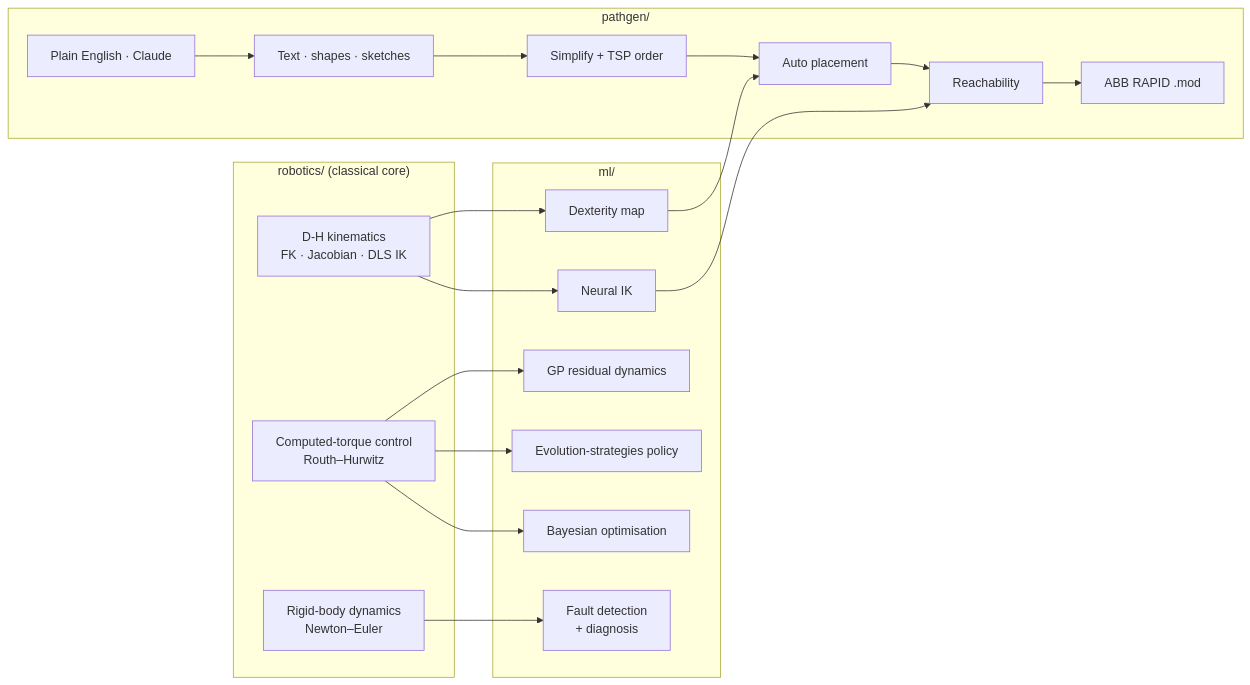
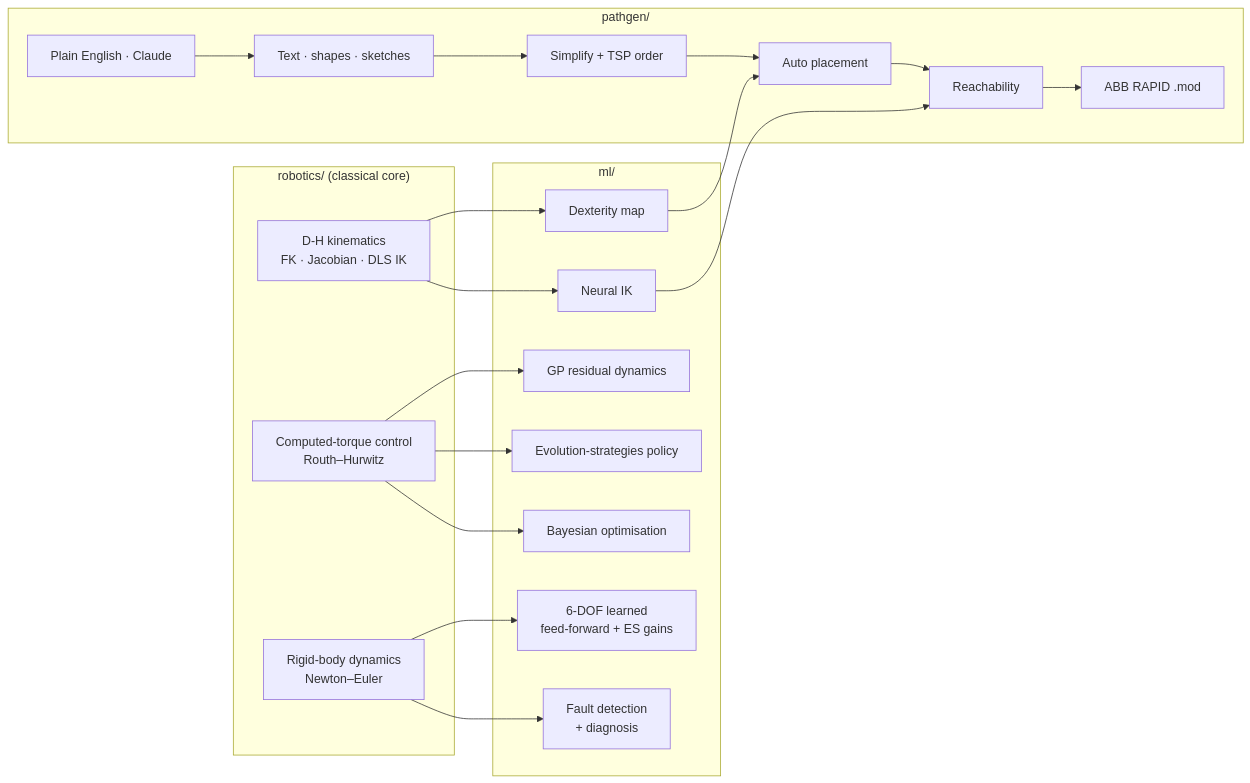
One commit to blessedefe4real/SynapseArm changed the diagram in README.md. Above: the diagram before and after it, drawn with Mermaid. The commit also changed other lines of this file and 13 other files, not shown here.

First line of the commit message:
6-DOF learned control and excitation-based per-unit calibration

````diff
--- a/README.md
+++ b/README.md
@@ -26,24 +27,25 @@
 ```mermaid
 flowchart LR
     subgraph Core["robotics/ (classical core)"]
         DH[D-H kinematics<br/>FK · Jacobian · DLS IK]
         CT[Computed-torque control<br/>Routh–Hurwitz]
         RB[Rigid-body dynamics<br/>Newton–Euler]
     end
     subgraph ML["ml/"]
         NIK[Neural IK]
         BO[Bayesian optimisation]
         ES[Evolution-strategies policy]
         GP[GP residual dynamics]
         DX[Dexterity map]
         FD[Fault detection<br/>+ diagnosis]
+        AL[6-DOF learned<br/>feed-forward + ES gains]
     end
     subgraph PG["pathgen/"]
         LLM[Plain English · Claude] --> SRC
         SRC[Text · shapes · sketches] --> OPT[Simplify + TSP order] --> PLC[Auto placement] --> RCH[Reachability] --> RAPID[ABB RAPID .mod]
     end
     DH --> NIK --> RCH
     DH --> DX --> PLC
     CT --> BO & ES & GP
-    RB --> FD
+    RB --> FD & AL
 ```
````
